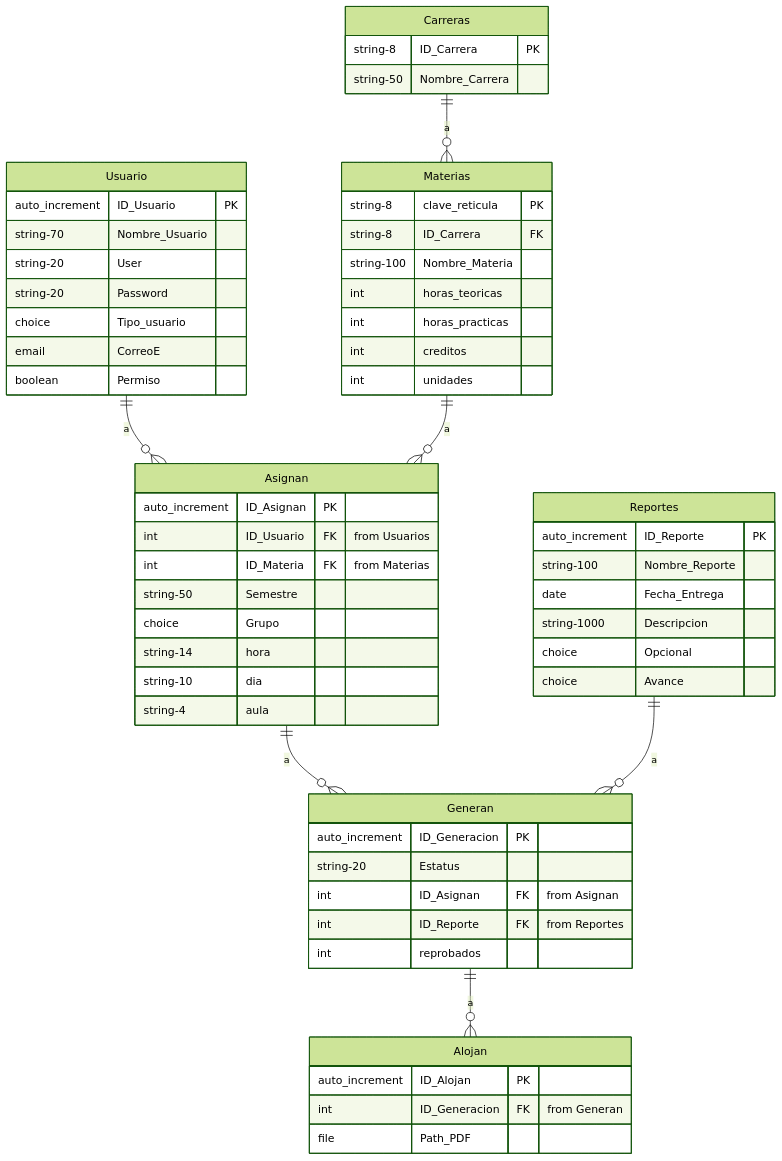
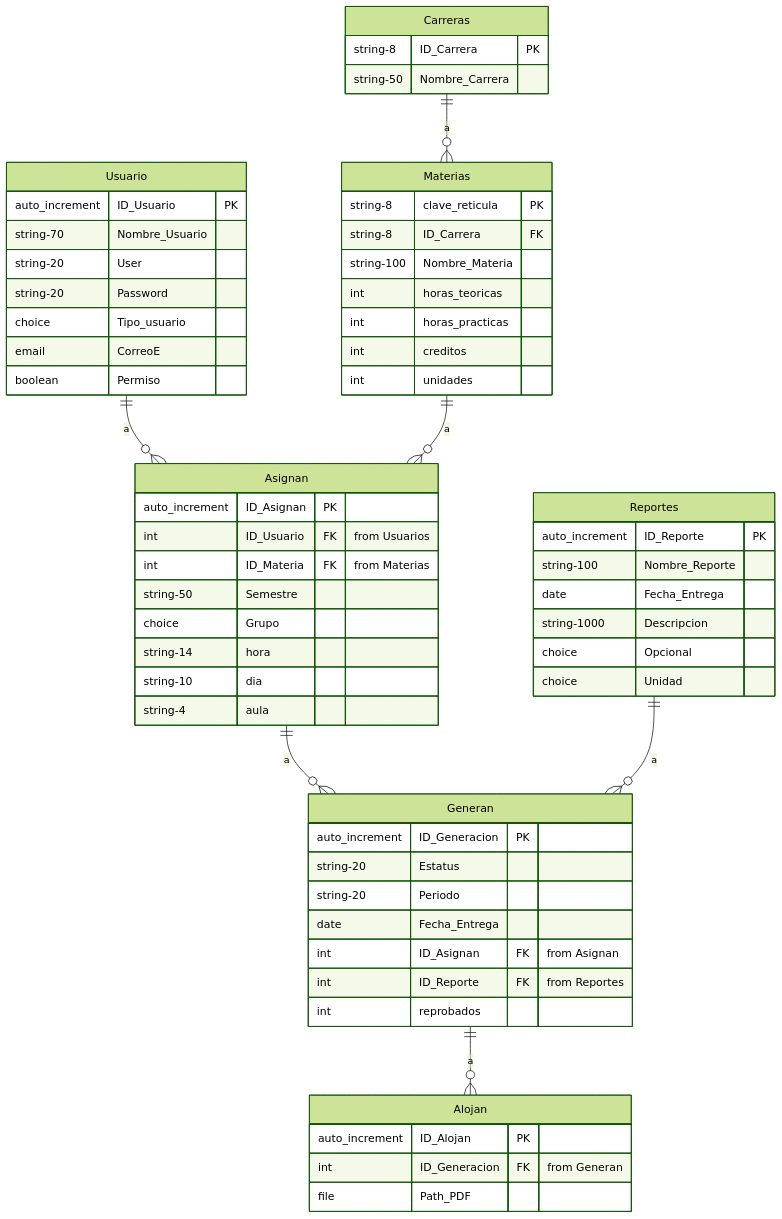
One commit to VRVG1/SGC-backend changed the diagram in SGC/erDiagram.mmd. Above: the diagram before and after it, drawn with Mermaid (forest theme). The commit also changed 4 other files, not shown here.

```diff
--- a/SGC/erDiagram.mmd
+++ b/SGC/erDiagram.mmd
@@ -1,65 +1,67 @@
 erDiagram
     Usuario ||--o{ Asignan : a
     Usuario {
         auto_increment ID_Usuario PK
         string-70 Nombre_Usuario
         string-20 User
         string-20 Password
         choice Tipo_usuario
         email CorreoE
         boolean Permiso
     }
 
     Materias ||--o{ Asignan : a 
     Materias {
         string-8 clave_reticula PK
         string-8 ID_Carrera FK
         string-100 Nombre_Materia
         int horas_teoricas 
         int horas_practicas
         int creditos
         int unidades
     }
     
     Carreras ||--o{ Materias : a
     Carreras {
         string-8 ID_Carrera PK
         string-50 Nombre_Carrera
     }
 
     Asignan ||--o{ Generan : a
     Asignan {
         auto_increment ID_Asignan PK
         int ID_Usuario FK "from Usuarios"
         int ID_Materia FK "from Materias"
         string-50 Semestre
         choice Grupo
         string-14 hora
         string-10 dia
         string-4 aula
     }
 
     Reportes ||--o{ Generan: a
     Reportes {
         auto_increment ID_Reporte PK
         string-100 Nombre_Reporte
         date Fecha_Entrega
         string-1000 Descripcion
         choice Opcional
-        choice Avance
+        choice Unidad
     }
     
     Generan ||--o{ Alojan : a
     Generan {
         auto_increment ID_Generacion PK
         string-20 Estatus
+        string-20 Periodo
+        date Fecha_Entrega
         int ID_Asignan FK "from Asignan"
         int ID_Reporte FK "from Reportes"
         int reprobados
     }
 
     Alojan {
         auto_increment ID_Alojan PK
         int ID_Generacion FK " from Generan"
         file Path_PDF
     }
```
